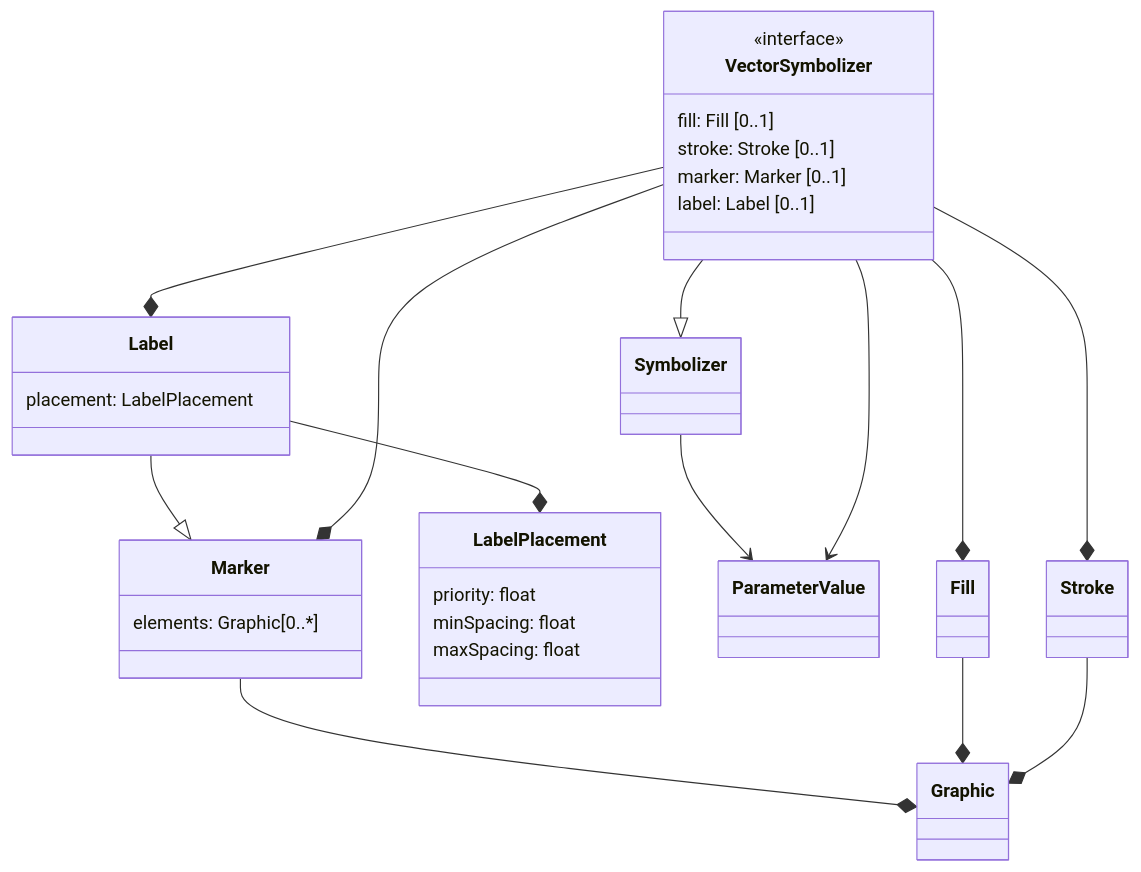
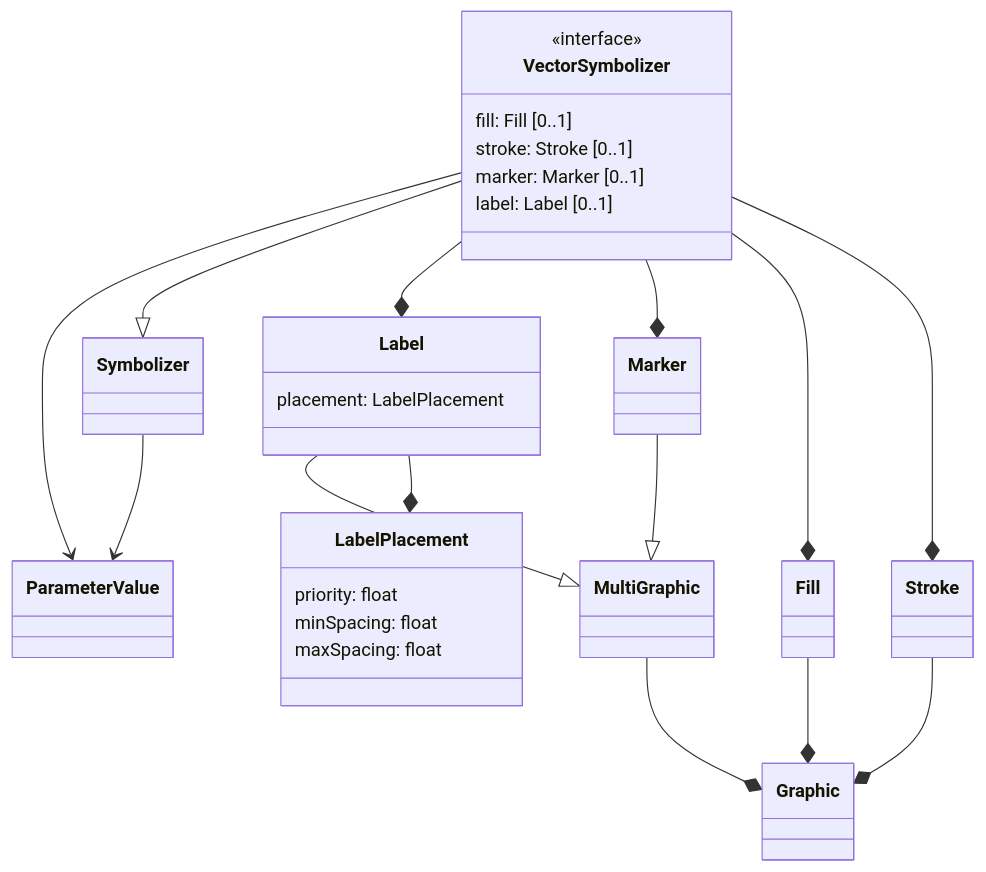
One commit to opengeospatial/styles-and-symbology changed the diagram in core/UML/mermaid/vectorFeaturesSymbolizer.md. Above: the diagram before and after it, drawn with Mermaid. The commit also changed 1 other file, not shown here.

Commit message:
UML: Label and Marker inheriting from MultiGraphic - Instead of Label inheriting from Marker

````diff
--- a/core/UML/mermaid/vectorFeaturesSymbolizer.md
+++ b/core/UML/mermaid/vectorFeaturesSymbolizer.md
@@ -3,42 +3,42 @@
 ```mermaid
   classDiagram
   %% Class definition
     %% Note: Symbolizer, StylingRule and Style are defined in core.md
     class Symbolizer
     class VectorSymbolizer {
       <<interface>>
       fill: Fill [0..1]
       stroke: Stroke [0..1]
       marker: Marker [0..1]
       label: Label [0..1]
     }
 
     class Marker {
-      elements: Graphic[0..*]
     }
     class LabelPlacement {
       priority: float
       minSpacing: float
       maxSpacing: float
     }
     class Label {
       placement: LabelPlacement
     }
     class Graphic
   %% Relations
   %% Association
     Symbolizer --> ParameterValue
     VectorSymbolizer --> ParameterValue
   %% Inheritance
     VectorSymbolizer --|> Symbolizer
-    Label --|> Marker
+    Marker --|> MultiGraphic
+    Label --|> MultiGraphic
   %% Composition
     VectorSymbolizer --* Label
     VectorSymbolizer --* Marker
     VectorSymbolizer --* Fill
     VectorSymbolizer --* Stroke
-    Marker --* Graphic
+    MultiGraphic --* Graphic
     Label --* LabelPlacement
     Fill --* Graphic
     Stroke --* Graphic
 ```
````
